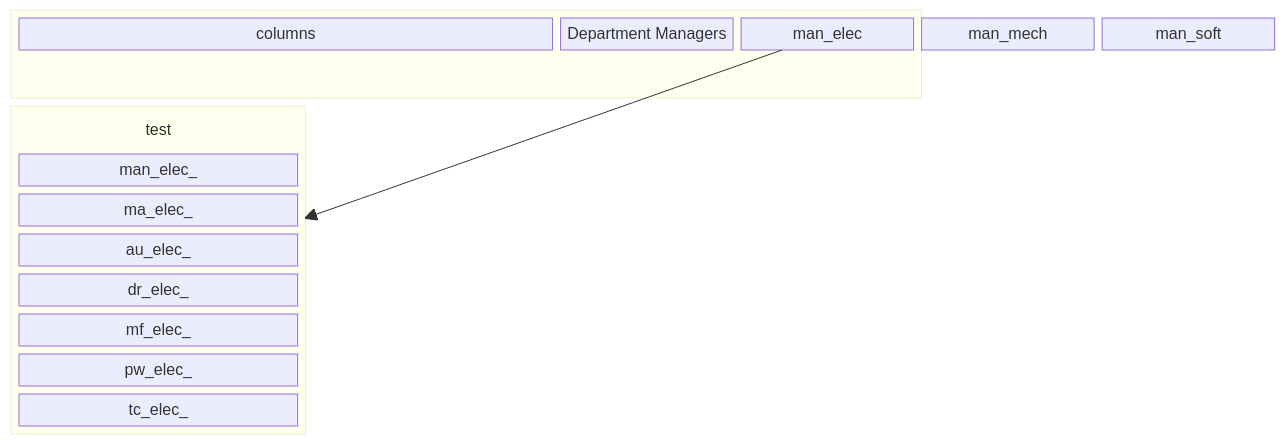
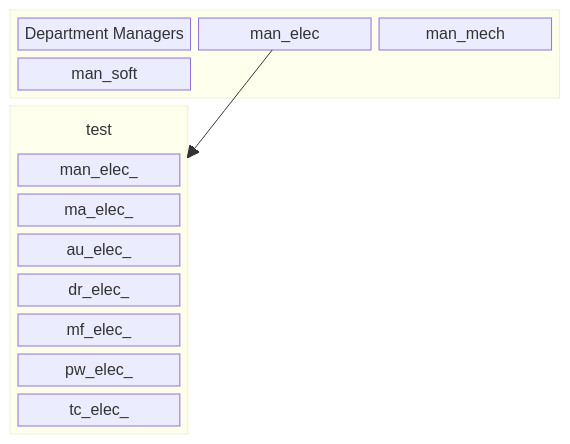
The diagram in README.md (FooGiGo-Org/.github), drawn with Mermaid before and after one commit.

Commit message:
Fix formatting of columns in README.md

````diff
--- a/README.md
+++ b/README.md
@@ -1,26 +1,26 @@
 ```mermaid
 ---
 title: SCRB Matrix Organization
 ---
 block
     columns 3
     block:test:3
-        columns:3
+        columns 3
         man["Department Managers"]
         man_elec man_mech man_soft
     end
     block:meme:1
         columns 1
         uct("test")
         man_elec_
         ma_elec_
         au_elec_
         dr_elec_
         mf_elec_
         pw_elec_
         tc_elec_
     end
     man_elec --> meme
 class uct BT
 classDef BT stroke:transparent,fill:transparent
 ```
````
